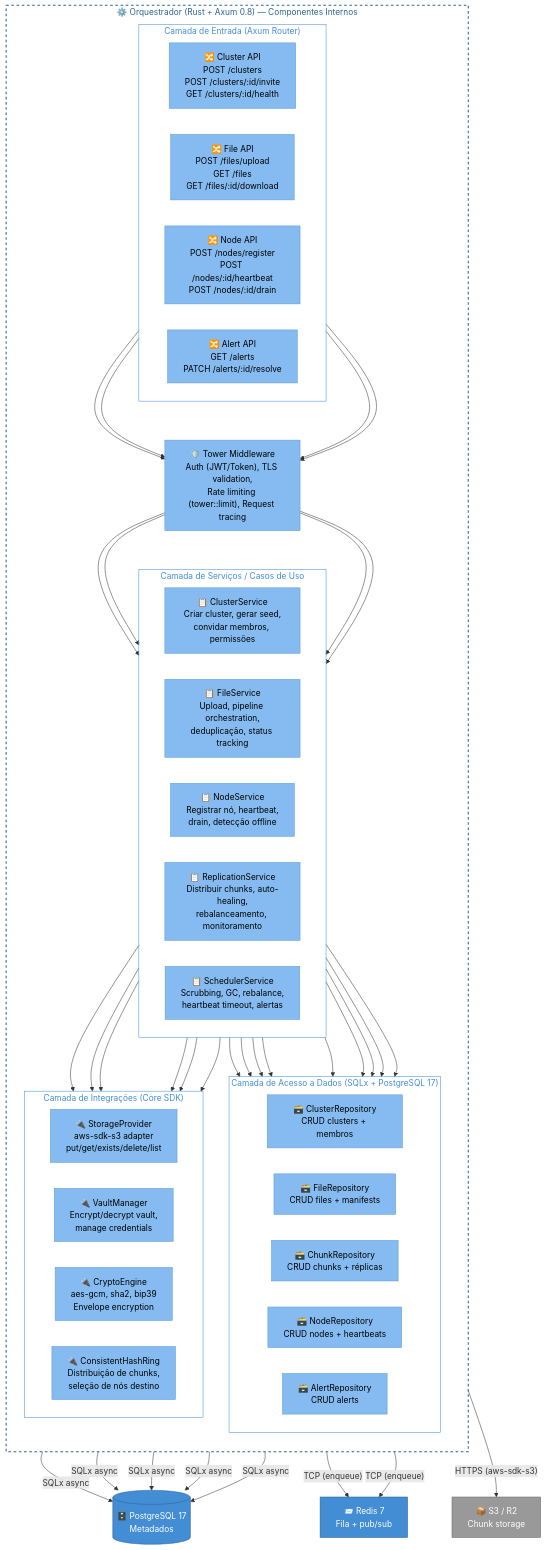
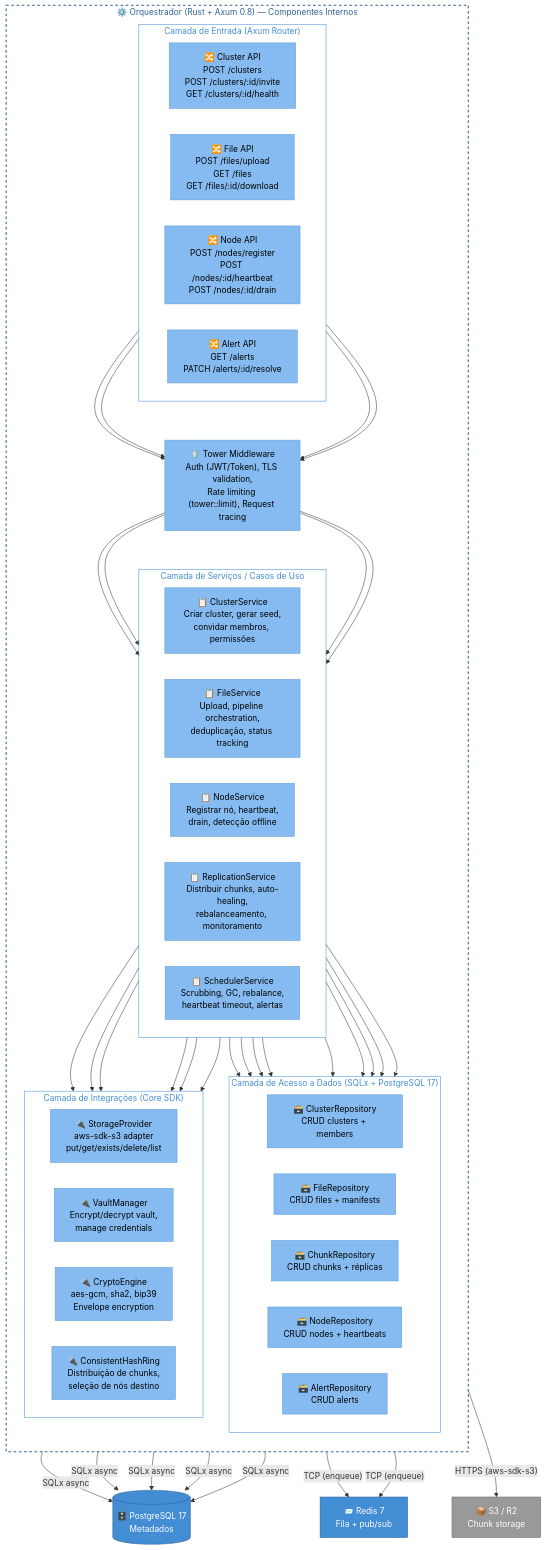
Before and after one commit to DouglasPrado/alexandria: the diagram in docs/diagrams/components/api-components.mmd, drawn with Mermaid. The commit also changed 9 other files, not shown here.

```diff
--- a/docs/diagrams/components/api-components.mmd
+++ b/docs/diagrams/components/api-components.mmd
@@ -1,119 +1,119 @@
 %% C4 Nivel 3: Componentes Internos — Orquestrador Alexandria
 %% Referencia: docs/blueprint/06-system_architecture.md
 %% Stack: Rust + Axum 0.8 + SQLx + Tower middleware
 
 graph TB
     subgraph ContainerBoundary["⚙️ Orquestrador (Rust + Axum 0.8) — Componentes Internos"]
         direction TB
 
         subgraph EntryLayer["Camada de Entrada (Axum Router)"]
             direction LR
             ClusterRouter["🔀 Cluster API<br/>POST /clusters<br/>POST /clusters/:id/invite<br/>GET /clusters/:id/health"]
             FileRouter["🔀 File API<br/>POST /files/upload<br/>GET /files<br/>GET /files/:id/download"]
             NodeRouter["🔀 Node API<br/>POST /nodes/register<br/>POST /nodes/:id/heartbeat<br/>POST /nodes/:id/drain"]
             AlertRouter["🔀 Alert API<br/>GET /alerts<br/>PATCH /alerts/:id/resolve"]
         end
 
         Middleware["🛡️ Tower Middleware<br/>Auth (JWT/Token), TLS validation,<br/>Rate limiting (tower::limit), Request tracing"]
 
         subgraph ServiceLayer["Camada de Serviços / Casos de Uso"]
             direction LR
             ClusterService["📋 ClusterService<br/>Criar cluster, gerar seed,<br/>convidar membros, permissões"]
             FileService["📋 FileService<br/>Upload, pipeline orchestration,<br/>deduplicação, status tracking"]
             NodeService["📋 NodeService<br/>Registrar nó, heartbeat,<br/>drain, detecção offline"]
             ReplicationService["📋 ReplicationService<br/>Distribuir chunks, auto-healing,<br/>rebalanceamento, monitoramento"]
             SchedulerService["📋 SchedulerService<br/>Scrubbing, GC, rebalance,<br/>heartbeat timeout, alertas"]
         end
 
         subgraph DataLayer["Camada de Acesso a Dados (SQLx + PostgreSQL 17)"]
             direction LR
-            ClusterRepo["🗃️ ClusterRepository<br/>CRUD clusters + membros"]
+            ClusterRepo["🗃️ ClusterRepository<br/>CRUD clusters + members"]
             FileRepo["🗃️ FileRepository<br/>CRUD files + manifests"]
             ChunkRepo["🗃️ ChunkRepository<br/>CRUD chunks + réplicas"]
             NodeRepo["🗃️ NodeRepository<br/>CRUD nodes + heartbeats"]
             AlertRepo["🗃️ AlertRepository<br/>CRUD alerts"]
         end
 
         subgraph IntegrationLayer["Camada de Integrações (Core SDK)"]
             direction LR
             StorageClient["🔌 StorageProvider<br/>aws-sdk-s3 adapter<br/>put/get/exists/delete/list"]
             VaultClient["🔌 VaultManager<br/>Encrypt/decrypt vault,<br/>manage credentials"]
             CryptoEngine["🔌 CryptoEngine<br/>aes-gcm, sha2, bip39<br/>Envelope encryption"]
             HashRing["🔌 ConsistentHashRing<br/>Distribuição de chunks,<br/>seleção de nós destino"]
         end
     end
 
     %% Dependências Externas
     DB[("🗄️ PostgreSQL 17<br/>Metadados")]
     RedisQ["📨 Redis 7<br/>Fila + pub/sub"]
     S3Ext["📦 S3 / R2<br/>Chunk storage"]
 
     %% Fluxo: Entrada → Middleware
     ClusterRouter --> Middleware
     FileRouter --> Middleware
     NodeRouter --> Middleware
     AlertRouter --> Middleware
 
     %% Fluxo: Middleware → Serviços
     Middleware --> ClusterService
     Middleware --> FileService
     Middleware --> NodeService
     Middleware --> ReplicationService
 
     %% Fluxo: Serviços → Repositórios
     ClusterService --> ClusterRepo
     FileService --> FileRepo
     FileService --> ChunkRepo
     NodeService --> NodeRepo
     ReplicationService --> ChunkRepo
     ReplicationService --> NodeRepo
     SchedulerService --> ChunkRepo
     SchedulerService --> NodeRepo
     SchedulerService --> AlertRepo
 
     %% Fluxo: Serviços → Integrações
     FileService --> CryptoEngine
     FileService --> HashRing
     ReplicationService --> StorageClient
     ReplicationService --> HashRing
     ClusterService --> VaultClient
     ClusterService --> CryptoEngine
 
     %% Conexões Externas
     ClusterRepo -->|"SQLx async"| DB
     FileRepo -->|"SQLx async"| DB
     ChunkRepo -->|"SQLx async"| DB
     NodeRepo -->|"SQLx async"| DB
     AlertRepo -->|"SQLx async"| DB
     FileService -->|"TCP (enqueue)"| RedisQ
     SchedulerService -->|"TCP (enqueue)"| RedisQ
     StorageClient -->|"HTTPS (aws-sdk-s3)"| S3Ext
 
     %% Estilos
     style ContainerBoundary fill:none,stroke:#2e6295,stroke-width:2px,stroke-dasharray:5 5,color:#2e6295
     style EntryLayer fill:none,stroke:#438dd5,stroke-width:1px,color:#438dd5
     style ServiceLayer fill:none,stroke:#438dd5,stroke-width:1px,color:#438dd5
     style DataLayer fill:none,stroke:#438dd5,stroke-width:1px,color:#438dd5
     style IntegrationLayer fill:none,stroke:#438dd5,stroke-width:1px,color:#438dd5
     style ClusterRouter fill:#85bbf0,stroke:#5a9bd5,color:#000
     style FileRouter fill:#85bbf0,stroke:#5a9bd5,color:#000
     style NodeRouter fill:#85bbf0,stroke:#5a9bd5,color:#000
     style AlertRouter fill:#85bbf0,stroke:#5a9bd5,color:#000
     style Middleware fill:#85bbf0,stroke:#5a9bd5,color:#000
     style ClusterService fill:#85bbf0,stroke:#5a9bd5,color:#000
     style FileService fill:#85bbf0,stroke:#5a9bd5,color:#000
     style NodeService fill:#85bbf0,stroke:#5a9bd5,color:#000
     style ReplicationService fill:#85bbf0,stroke:#5a9bd5,color:#000
     style SchedulerService fill:#85bbf0,stroke:#5a9bd5,color:#000
     style ClusterRepo fill:#85bbf0,stroke:#5a9bd5,color:#000
     style FileRepo fill:#85bbf0,stroke:#5a9bd5,color:#000
     style ChunkRepo fill:#85bbf0,stroke:#5a9bd5,color:#000
     style NodeRepo fill:#85bbf0,stroke:#5a9bd5,color:#000
     style AlertRepo fill:#85bbf0,stroke:#5a9bd5,color:#000
     style StorageClient fill:#85bbf0,stroke:#5a9bd5,color:#000
     style VaultClient fill:#85bbf0,stroke:#5a9bd5,color:#000
     style CryptoEngine fill:#85bbf0,stroke:#5a9bd5,color:#000
     style HashRing fill:#85bbf0,stroke:#5a9bd5,color:#000
     style DB fill:#438dd5,stroke:#2e6295,color:#fff
     style RedisQ fill:#438dd5,stroke:#2e6295,color:#fff
     style S3Ext fill:#999999,stroke:#6b6b6b,color:#fff
```
